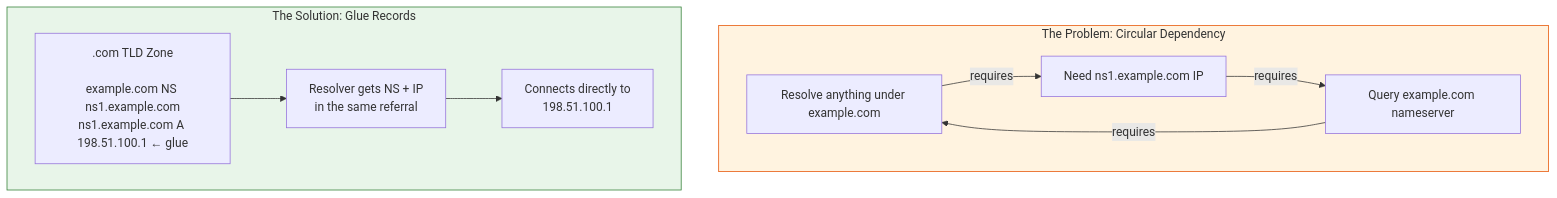
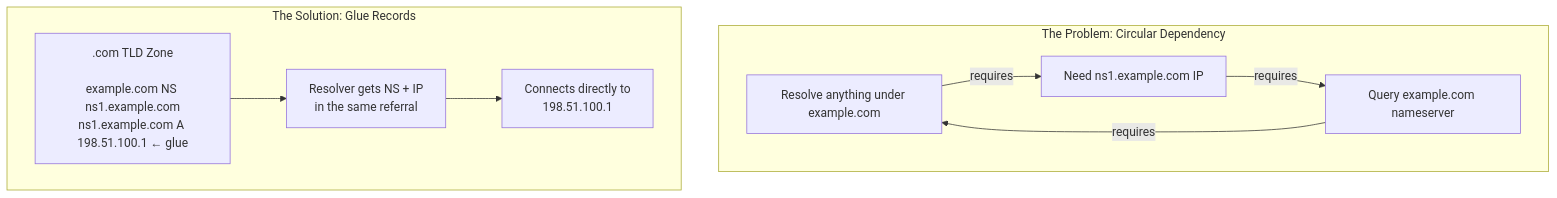
The fourth of 4 diagrams in DNS Administration/dns-fundamentals.md (ringo380/guides), drawn with Mermaid before and after one commit. The commit also changed other lines of this file and 2 other files, not shown here.

First line of the commit message:
docs(dns-administration): remove hardcoded Mermaid colors for theme compatibility

````diff
--- a/DNS Administration/dns-fundamentals.md
+++ b/DNS Administration/dns-fundamentals.md
@@ -352,21 +345,18 @@
 ```mermaid
 graph TD
     subgraph problem ["The Problem: Circular Dependency"]
         P1["Resolve anything under example.com"]
         P2["Need ns1.example.com IP"]
         P3["Query example.com nameserver"]
         P1 -->|"requires"| P2
         P2 -->|"requires"| P3
         P3 -->|"requires"| P1
     end
 
     subgraph solution ["The Solution: Glue Records"]
         S1[".com TLD Zone<br/><br/>example.com NS ns1.example.com<br/>ns1.example.com A 198.51.100.1 ← glue"]
         S2["Resolver gets NS + IP<br/>in the same referral"]
         S3["Connects directly to<br/>198.51.100.1"]
         S1 --> S2 --> S3
     end
-
-    style problem fill:#fff3e0,stroke:#e65100
-    style solution fill:#e8f5e9,stroke:#2e7d32
 ```
````
